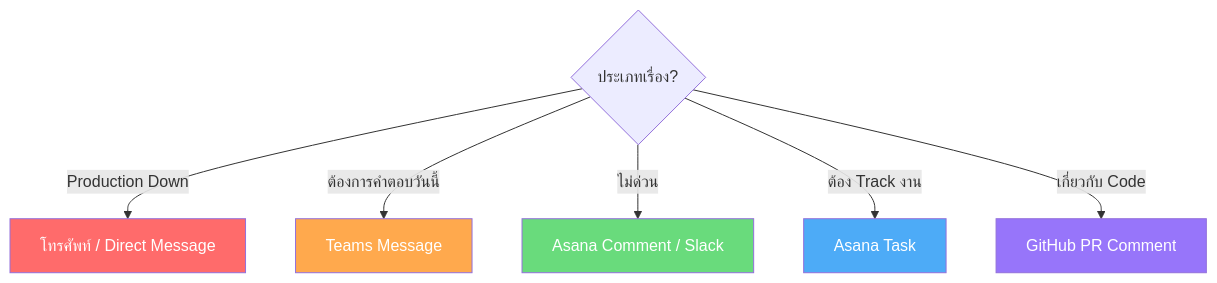
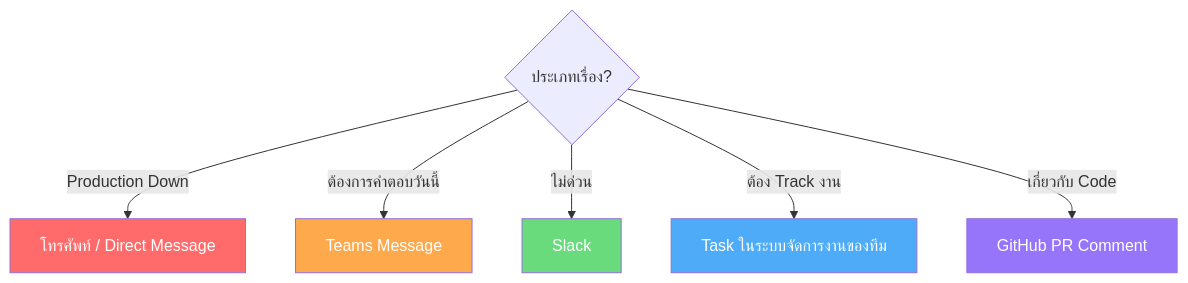
Before and after one commit to Siam-GS-Battery/SOP-SDLC-PLAN: the fourth of 4 diagrams in documentation/00_ONBOARDING/0.1_Welcome_Guide.md, drawn with Mermaid. The commit also changed other lines of this file and 15 other files, not shown here.

````diff
--- a/documentation/00_ONBOARDING/0.1_Welcome_Guide.md
+++ b/documentation/00_ONBOARDING/0.1_Welcome_Guide.md
@@ -281,16 +280,16 @@
 ```mermaid
 flowchart TD
     Start{ประเภทเรื่อง?}
 
     Start -->|Production Down| A[โทรศัพท์ / Direct Message]
     Start -->|ต้องการคำตอบวันนี้| B[ Teams Message]
-    Start -->|ไม่ด่วน| C[Asana Comment / Slack]
-    Start -->|ต้อง Track งาน| D[Asana Task]
+    Start -->|ไม่ด่วน| C[Slack]
+    Start -->|ต้อง Track งาน| D[Task ในระบบจัดการงานของทีม]
     Start -->|เกี่ยวกับ Code| E[GitHub PR Comment]
 
     style A fill:#ff6b6b,color:#fff
     style B fill:#ffa94d,color:#fff
     style C fill:#69db7c,color:#fff
     style D fill:#4dabf7,color:#fff
     style E fill:#9775fa,color:#fff
 ```
````
